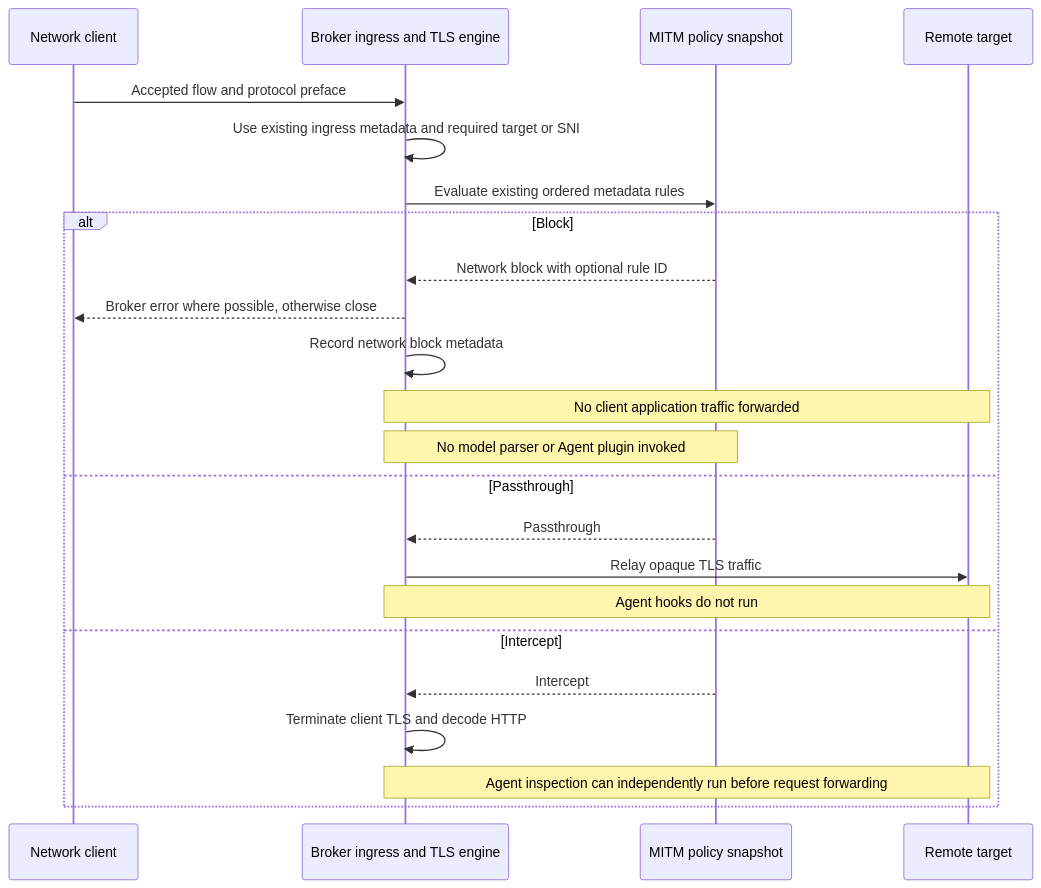
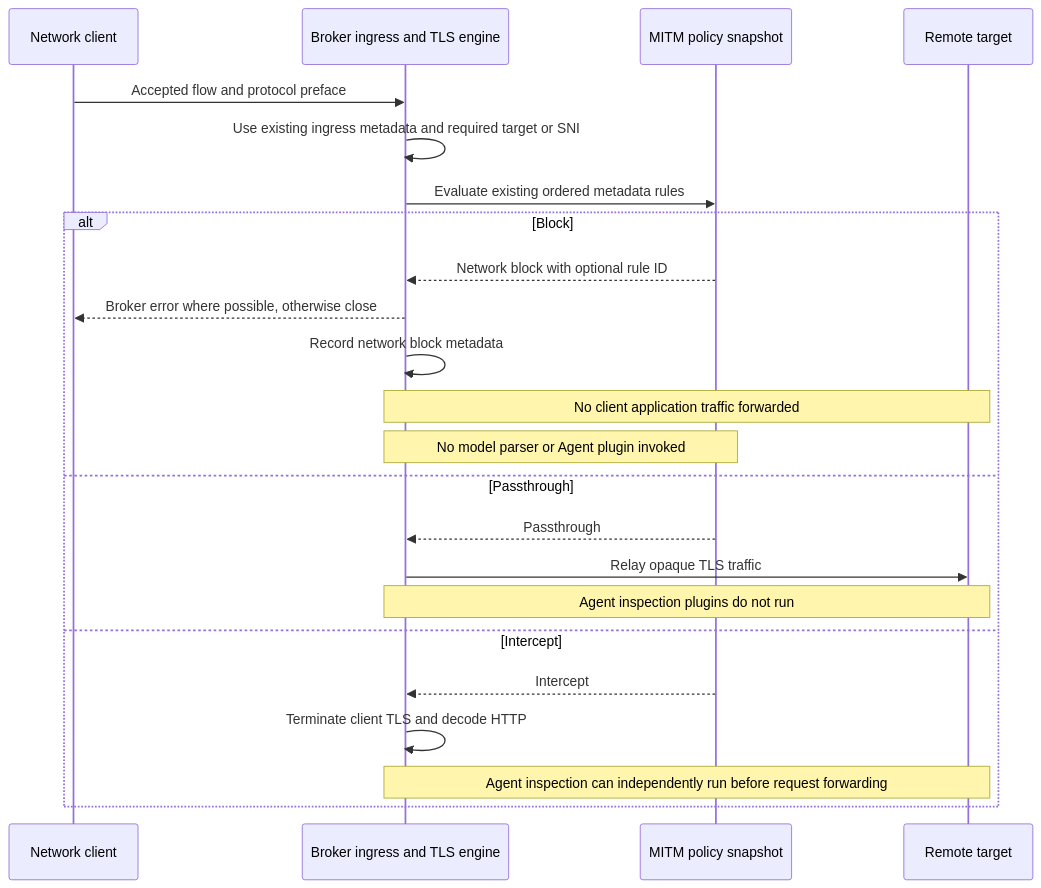
One commit to lexmount/abyss-rs changed the first of 4 diagrams in docs/request-blocking-design.md. Above: the diagram before and after it, drawn with Mermaid. The commit also changed other lines of this file, not shown here.

First line of the commit message:
docs: place Agent inspection in broker plugins

````diff
--- a/docs/request-blocking-design.md
+++ b/docs/request-blocking-design.md
@@ -166,25 +174,25 @@
 ```mermaid
 sequenceDiagram
     participant C as Network client
     participant B as Broker ingress and TLS engine
     participant M as MITM policy snapshot
     participant T as Remote target
     C->>B: Accepted flow and protocol preface
     B->>B: Use existing ingress metadata and required target or SNI
     B->>M: Evaluate existing ordered metadata rules
     alt Block
         M-->>B: Network block with optional rule ID
         B-->>C: Broker error where possible, otherwise close
         B->>B: Record network block metadata
         Note over B,T: No client application traffic forwarded
         Note over B,M: No model parser or Agent plugin invoked
     else Passthrough
         M-->>B: Passthrough
         B->>T: Relay opaque TLS traffic
-        Note over B,T: Agent hooks do not run
+        Note over B,T: Agent inspection plugins do not run
     else Intercept
         M-->>B: Intercept
         B->>B: Terminate client TLS and decode HTTP
         Note over B,T: Agent inspection can independently run before request forwarding
     end
 ```
````
